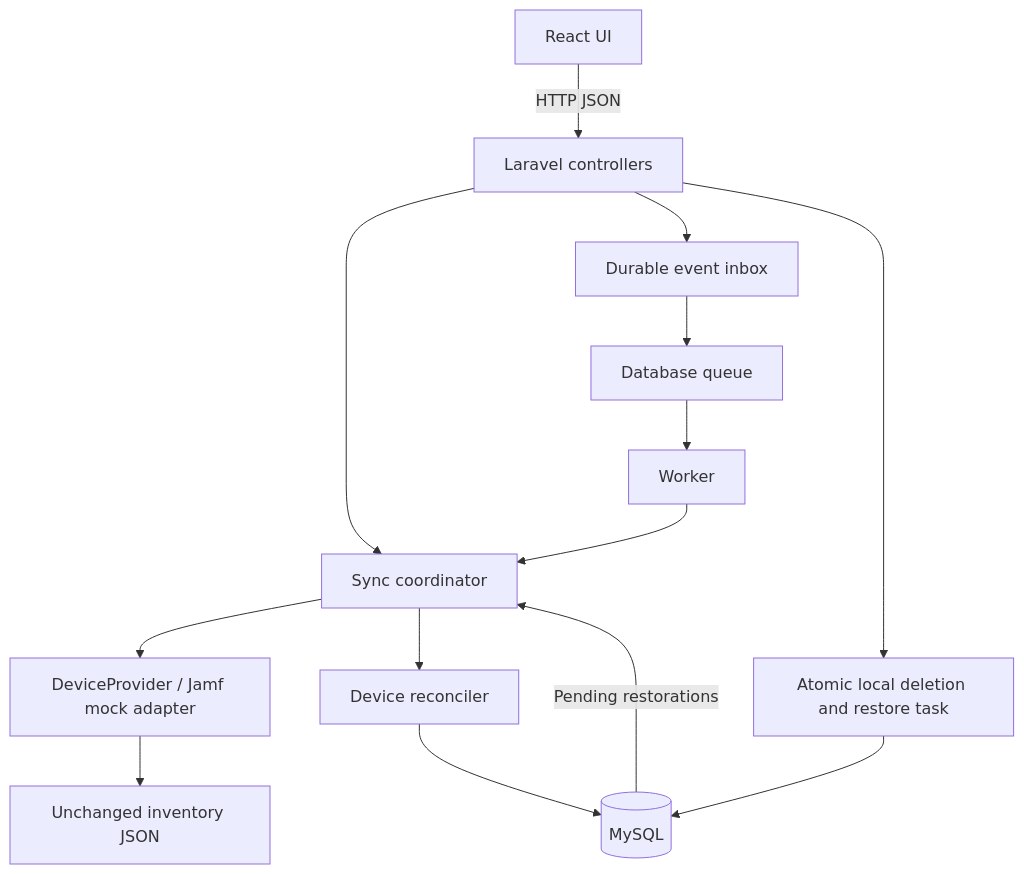
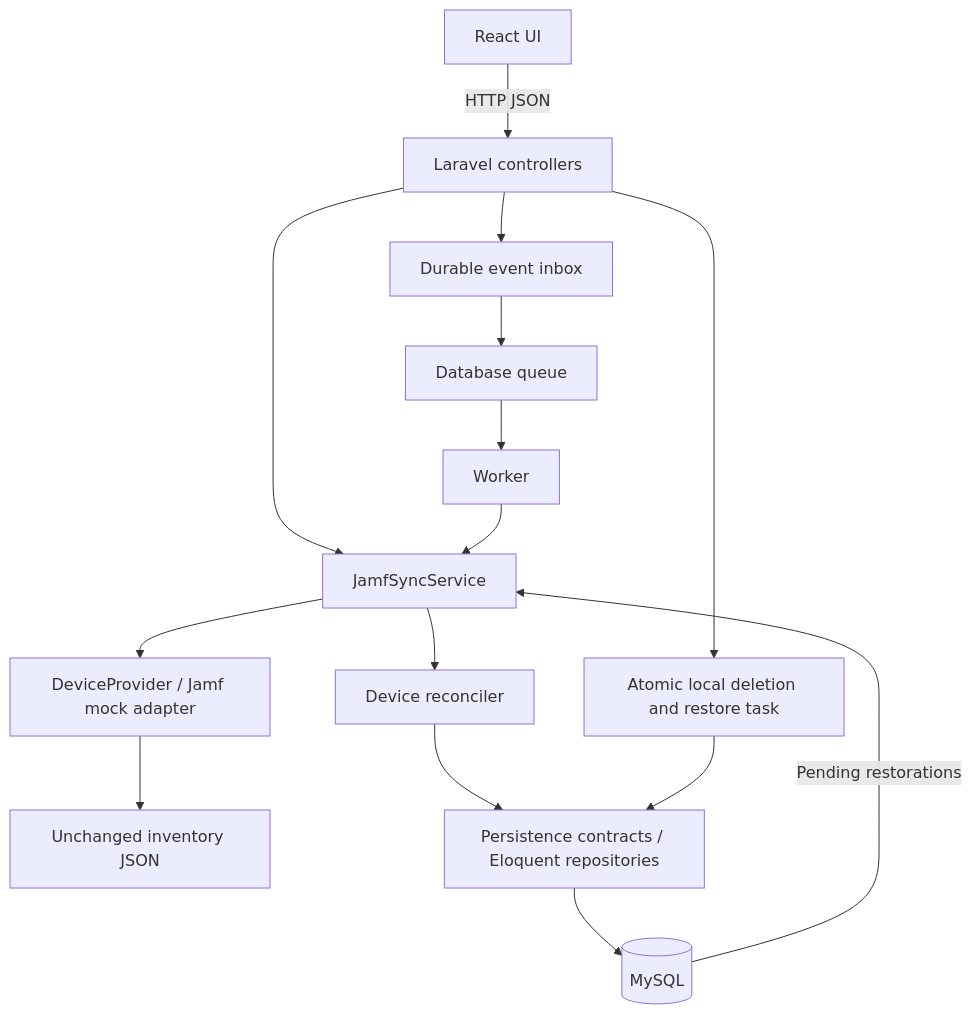
The first of 2 diagrams in docs/design.md (jayant1701/mdm-case-study), drawn with Mermaid before and after one commit. The commit also changed other lines of this file and 1 other file, not shown here.

Commit message:
Document explicit persistence boundaries and verified rollback coverage

````diff
--- a/docs/design.md
+++ b/docs/design.md
@@ -53,16 +53,17 @@
 ```mermaid
 flowchart TD
     React[React UI] -->|HTTP JSON| API[Laravel controllers]
-    API --> Full[Sync coordinator]
+    API --> Full[JamfSyncService]
     API --> Inbox[Durable event inbox]
     Inbox --> Queue[Database queue]
     Queue --> Worker[Worker]
     Worker --> Full
     Full --> Adapter[DeviceProvider / Jamf mock adapter]
     Adapter --> Mock[Unchanged inventory JSON]
     Full --> Reconcile[Device reconciler]
-    Reconcile --> DB[(MySQL)]
+    Reconcile --> Repositories[Persistence contracts / Eloquent repositories]
+    Repositories --> DB[(MySQL)]
     API --> Delete[Atomic local deletion and restore task]
-    Delete --> DB
+    Delete --> Repositories
     DB -->|Pending restorations| Full
 ```
````
